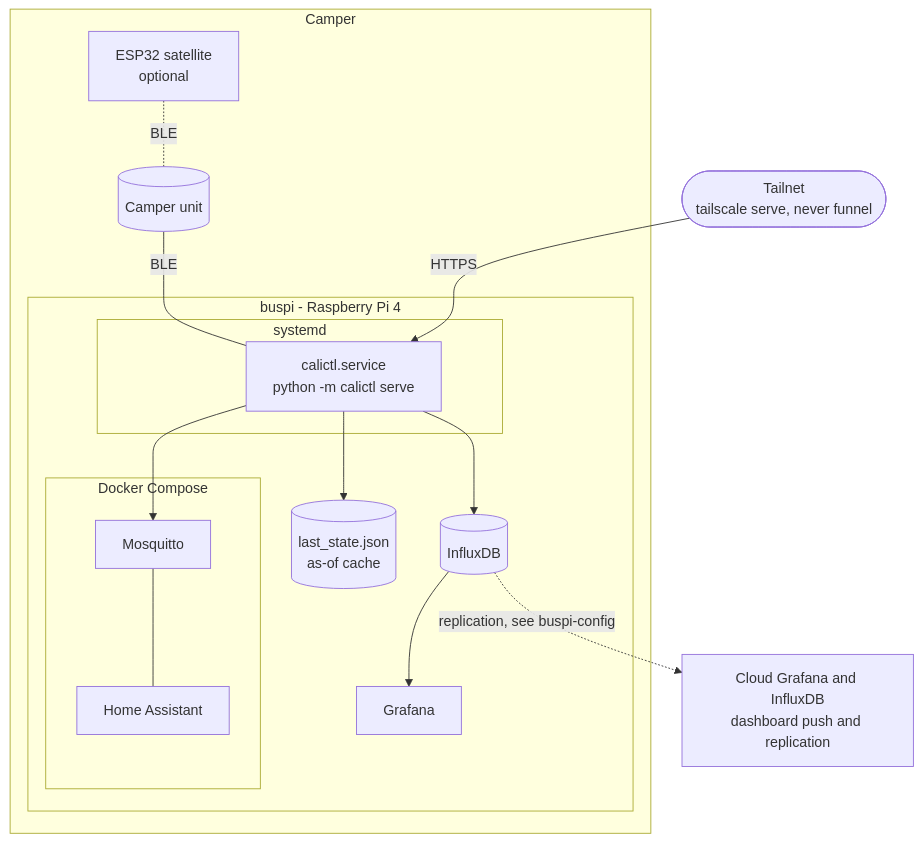
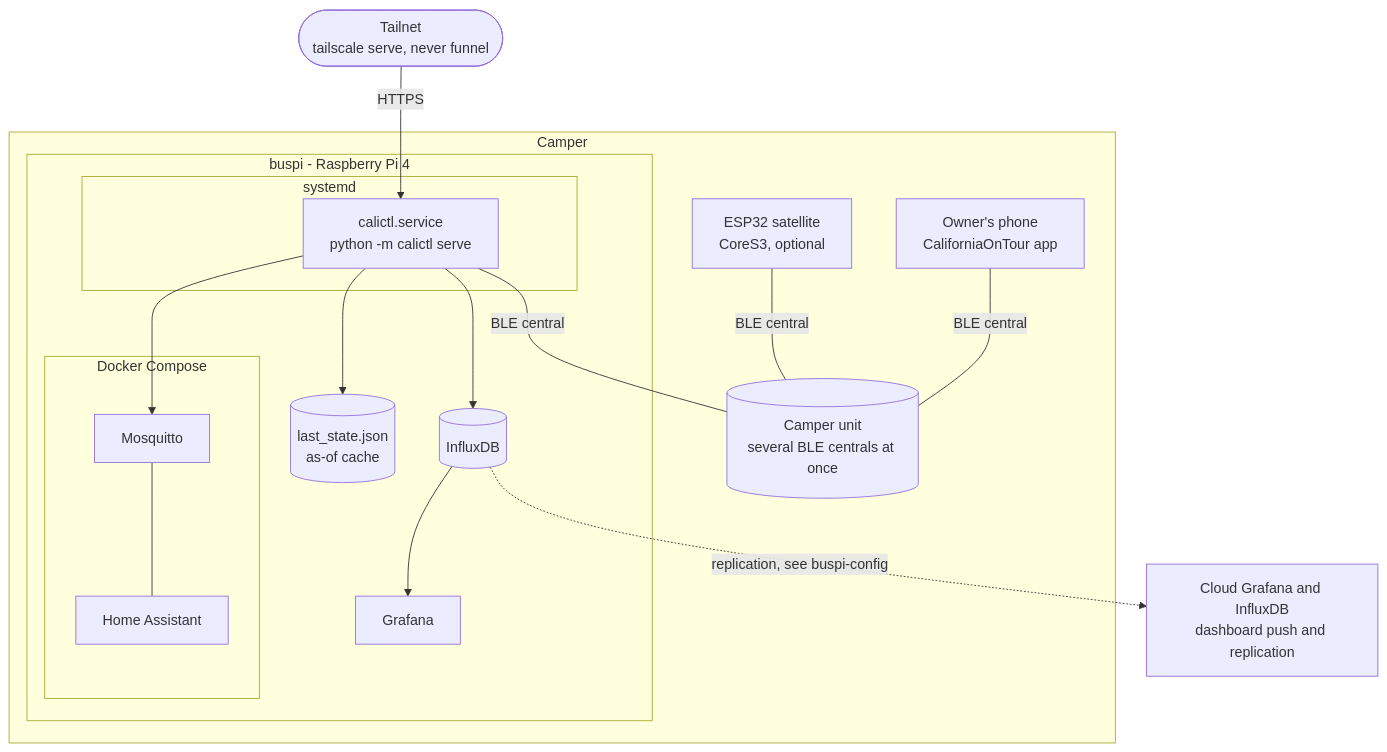
One commit to ckeller42/open-california changed the seventh of 7 diagrams in ARCHITECTURE.md. Above: the diagram before and after it, drawn with Mermaid. The commit also changed other lines of this file and 7 other files, not shown here.

First line of the commit message:
docs: the unit serves several centrals; ESP satellite on the real unit; drop stale status (#289)

````diff
--- a/ARCHITECTURE.md
+++ b/ARCHITECTURE.md
@@ -357,30 +373,32 @@
 ```mermaid
 flowchart TB
   subgraph van["Camper"]
-    unit[("Camper unit")]
-    esp["ESP32 satellite<br/>optional"]
+    unit[("Camper unit<br/>several BLE centrals at once")]
+    esp["ESP32 satellite<br/>CoreS3, optional"]
+    phone["Owner's phone<br/>CaliforniaOnTour app"]
     subgraph buspi["buspi - Raspberry Pi 4"]
       subgraph systemd["systemd"]
         unitsvc["calictl.service<br/>python -m calictl serve"]
       end
       subgraph compose["Docker Compose"]
         mosq["Mosquitto"]
         hac["Home Assistant"]
       end
       idb[("InfluxDB")]
       graf["Grafana"]
       cache[("last_state.json<br/>as-of cache")]
     end
   end
   tail(["Tailnet<br/>tailscale serve, never funnel"])
   cloud["Cloud Grafana and InfluxDB<br/>dashboard push and replication"]
-  unit ---|BLE| unitsvc
+  unitsvc ---|BLE central| unit
+  esp ---|BLE central| unit
+  phone ---|BLE central| unit
   unitsvc --> cache
   unitsvc --> mosq
   mosq --- hac
   unitsvc --> idb
   idb --> graf
   idb -.->|replication, see buspi-config| cloud
   tail -->|HTTPS| unitsvc
-  esp -.-|BLE| unit
 ```
````
